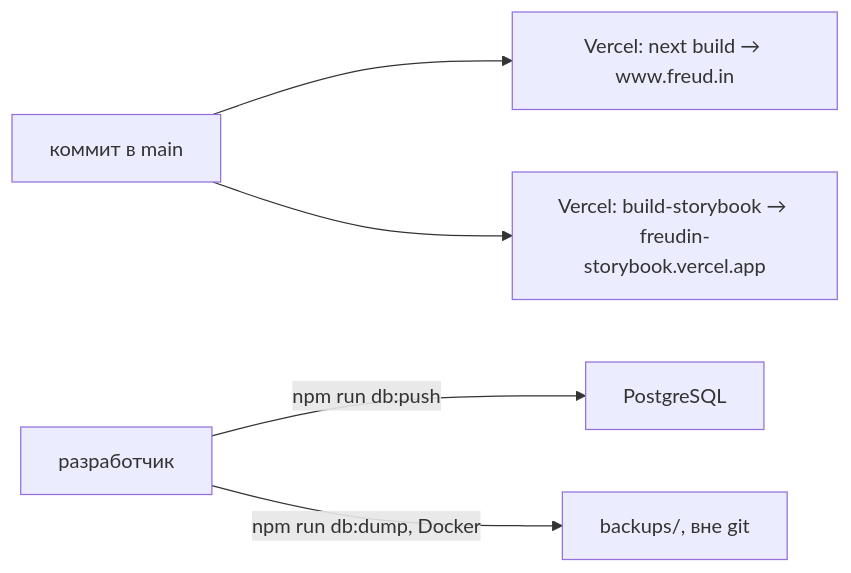
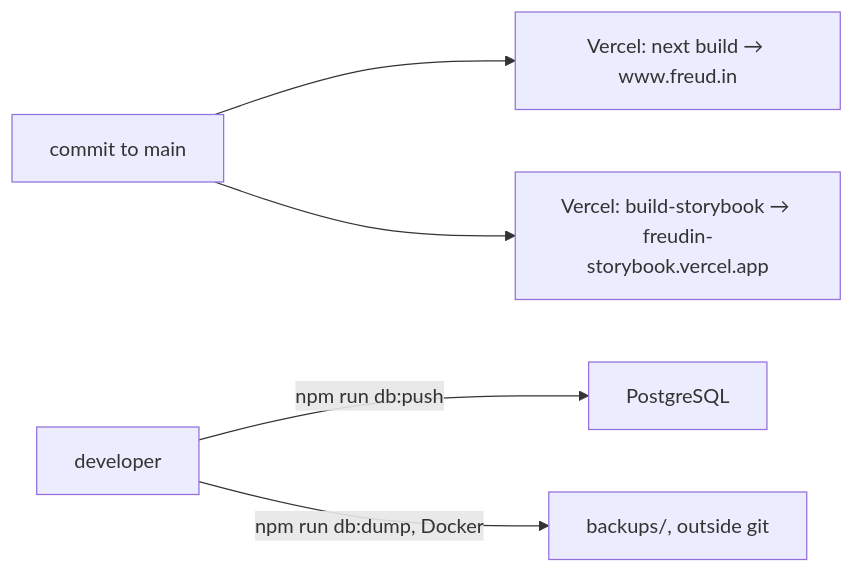
The second of 2 diagrams in docs/architecture/2.containers.md (verkhoturov/freudin-website), drawn with Mermaid before and after one commit. The commit also changed other lines of this file and 74 other files, not shown here.

````diff
--- a/docs/architecture/2.containers.md
+++ b/docs/architecture/2.containers.md
@@ -109,7 +110,7 @@
 ```mermaid
 flowchart LR
-    Main["коммит в main"] --> Site["Vercel: next build → www.freud.in"]
+    Main["commit to main"] --> Site["Vercel: next build → www.freud.in"]
     Main --> SB["Vercel: build-storybook → freudin-storybook.vercel.app"]
-    Dev["разработчик"] -->|"npm run db:push"| DB["PostgreSQL"]
-    Dev -->|"npm run db:dump, Docker"| Backup["backups/, вне git"]
+    Dev["developer"] -->|"npm run db:push"| DB["PostgreSQL"]
+    Dev -->|"npm run db:dump, Docker"| Backup["backups/, outside git"]
 ```
````
